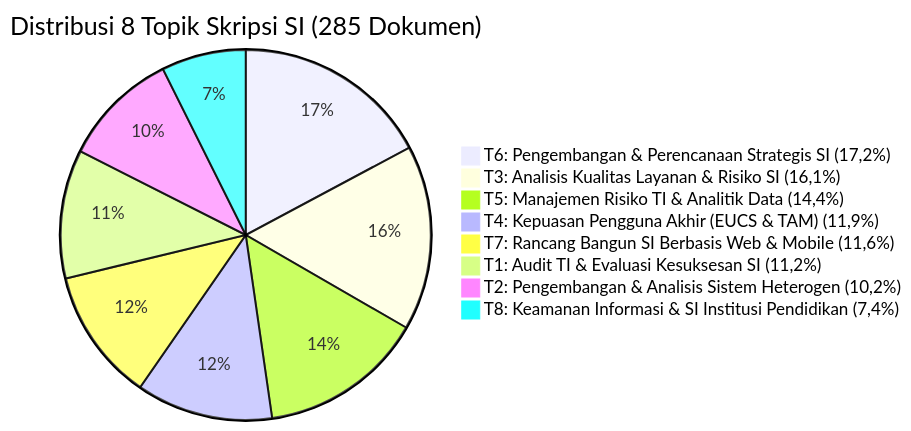
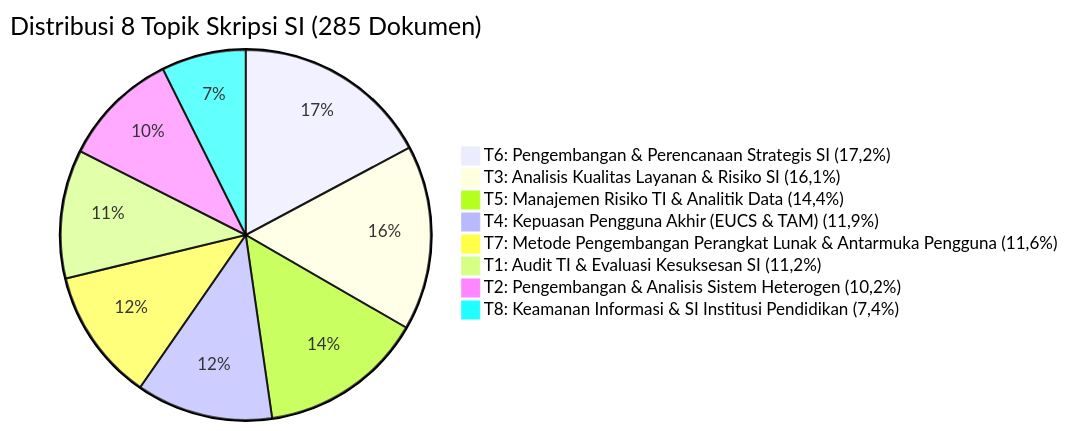
The diagram in GROUND_TRUTH.md (rifkyoktri-ai/lda-topik-skripsi-si-uinrf), drawn with Mermaid before and after one commit. The commit also changed other lines of this file and 12 other files, not shown here.

````diff
--- a/GROUND_TRUTH.md
+++ b/GROUND_TRUTH.md
@@ -61,11 +61,11 @@
 ```mermaid
 pie title Distribusi 8 Topik Skripsi SI (285 Dokumen)
     "T6: Pengembangan & Perencanaan Strategis SI (17,2%)" : 49
     "T3: Analisis Kualitas Layanan & Risiko SI (16,1%)" : 46
     "T5: Manajemen Risiko TI & Analitik Data (14,4%)" : 41
     "T4: Kepuasan Pengguna Akhir (EUCS & TAM) (11,9%)" : 34
-    "T7: Rancang Bangun SI Berbasis Web & Mobile (11,6%)" : 33
+    "T7: Metode Pengembangan Perangkat Lunak & Antarmuka Pengguna (11,6%)" : 33
     "T1: Audit TI & Evaluasi Kesuksesan SI (11,2%)" : 32
     "T2: Pengembangan & Analisis Sistem Heterogen (10,2%)" : 29
     "T8: Keamanan Informasi & SI Institusi Pendidikan (7,4%)" : 21
 ```
````
